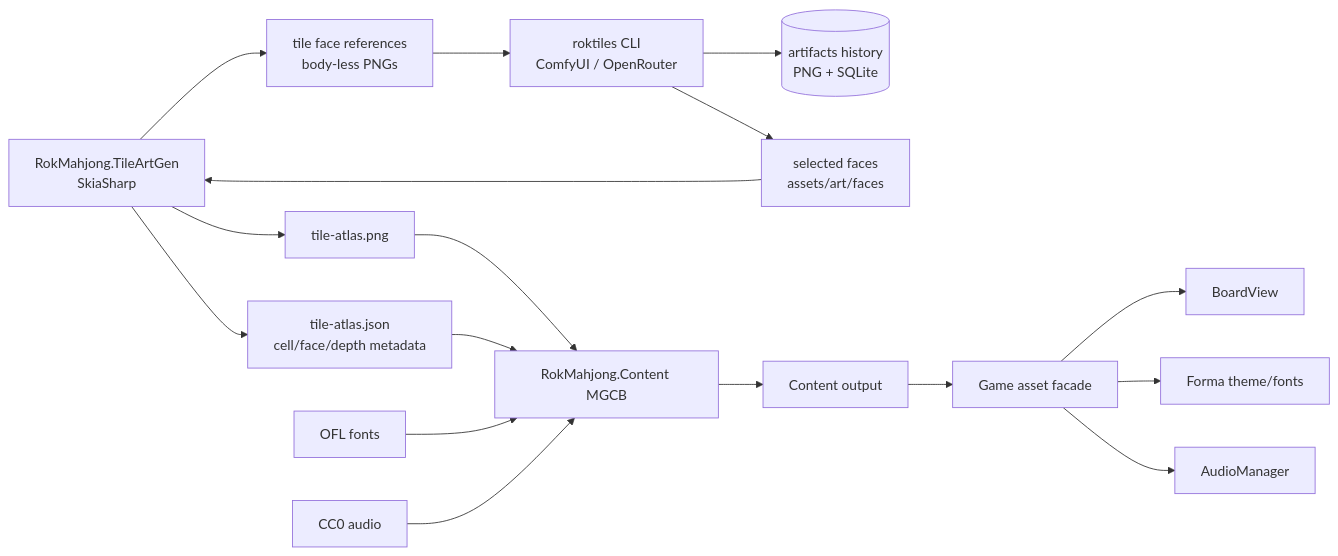
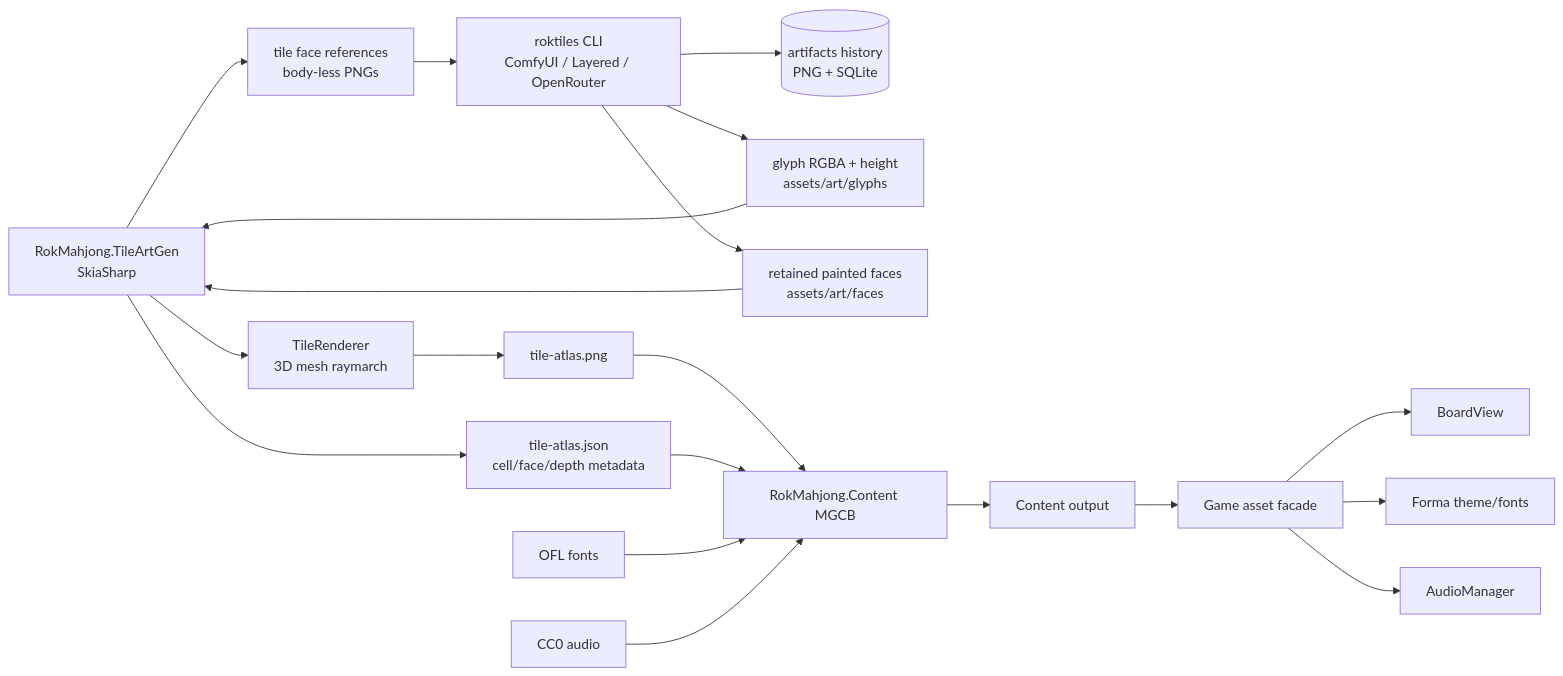
One commit to zigrok/RokMahjong changed the tenth of 10 diagrams in docs/architecture.md. Above: the diagram before and after it, drawn with Mermaid. The commit also changed other lines of this file and 17 other files, not shown here.

First line of the commit message:
feat(tiles): render 3D tile meshes and add the layered glyph pipeline

````diff
--- a/docs/architecture.md
+++ b/docs/architecture.md
@@ -393,19 +393,22 @@
 ```mermaid
 flowchart LR
     artTool[RokMahjong.TileArtGen<br/>SkiaSharp] --> reference[tile face references<br/>body-less PNGs]
-    reference --> pipeline[roktiles CLI<br/>ComfyUI / OpenRouter]
+    reference --> pipeline[roktiles CLI<br/>ComfyUI / Layered / OpenRouter]
     pipeline --> history[(artifacts history<br/>PNG + SQLite)]
-    pipeline --> selected[selected faces<br/>assets/art/faces]
-    selected --> artTool
-    artTool --> atlasPng[tile-atlas.png]
+    pipeline --> glyphs[glyph RGBA + height<br/>assets/art/glyphs]
+    pipeline --> legacy[retained painted faces<br/>assets/art/faces]
+    glyphs --> artTool
+    legacy --> artTool
+    artTool --> raymarch[TileRenderer<br/>3D mesh raymarch]
+    raymarch --> atlasPng[tile-atlas.png]
     artTool --> atlasJson[tile-atlas.json<br/>cell/face/depth metadata]
     atlasPng --> mgcb[RokMahjong.Content MGCB]
     atlasJson --> mgcb
     fonts[OFL fonts] --> mgcb
     audio[CC0 audio] --> mgcb
     mgcb --> xnb[Content output]
     xnb --> assets[Game asset facade]
     assets --> board[BoardView]
     assets --> ui[Forma theme/fonts]
     assets --> audioMgr[AudioManager]
 ```
````
